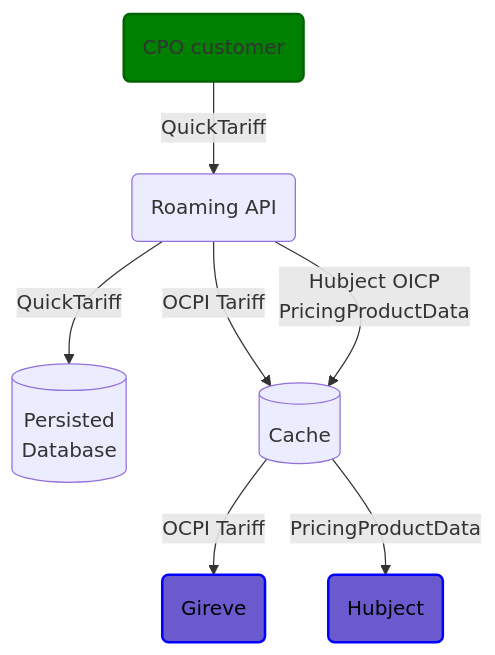
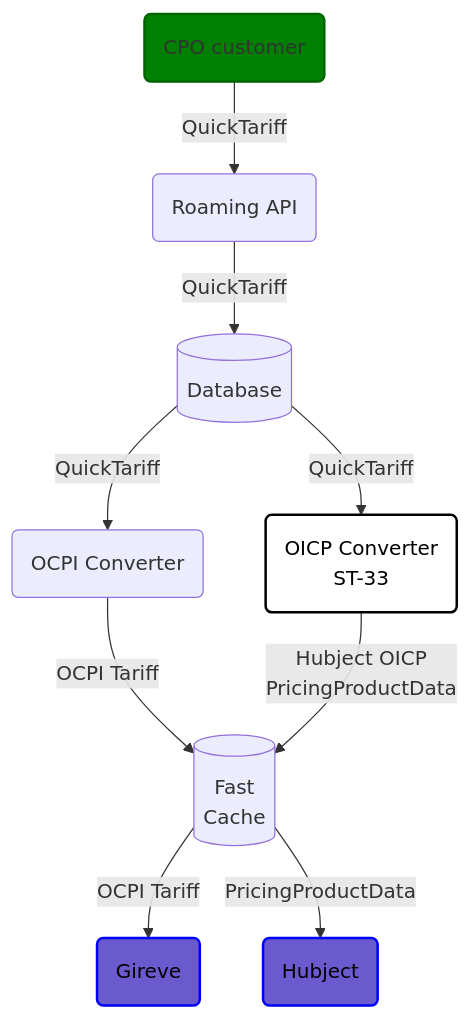
One commit to erkkiat/ocpi changed the first of 4 diagrams in documentation/tariffs.md. Above: the diagram before and after it, drawn with Mermaid. The commit also changed other lines of this file, not shown here.

Commit message:
Updated the diagram about the goal architecture

````diff
--- a/documentation/tariffs.md
+++ b/documentation/tariffs.md
@@ -13,14 +14,17 @@
 ```mermaid
 graph TD
     CPO(CPO customer) -- QuickTariff --> API(Roaming API)
-    API -- QuickTariff --> DB[(Persisted <br/> Database)]
-    API -- OCPI Tariff --> CACHE[(Cache)]
-    API -- Hubject OICP <br/> PricingProductData --> CACHE
+    API -- QuickTariff --> DB[(Database)]
+    DB -- QuickTariff --> F1(OCPI Converter)
+    DB -- QuickTariff --> F2(OICP Converter <br/> ST-33)
+    F1 -- OCPI Tariff --> CACHE[(Fast <br/> Cache)]
+    F2 -- Hubject OICP <br/> PricingProductData --> CACHE
     CACHE -- OCPI Tariff --> G(Gireve)
     CACHE -- PricingProductData --> H(Hubject)
     
     style CPO fill:green,stroke:darkgreen,stroke-width:2px
     style G fill:slateblue,stroke:blue,stroke-width:2px,color:black
     style H fill:slateblue,stroke:blue,stroke-width:2px,color:black
+    style F2 fill:white,stroke:black,stroke-width:2px,color:black
 
 ```
````
